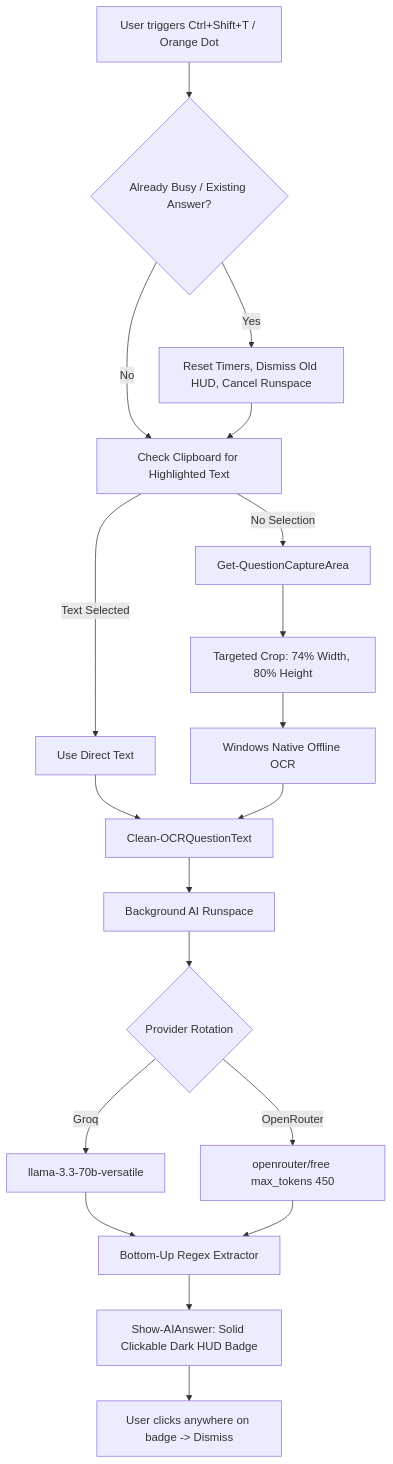
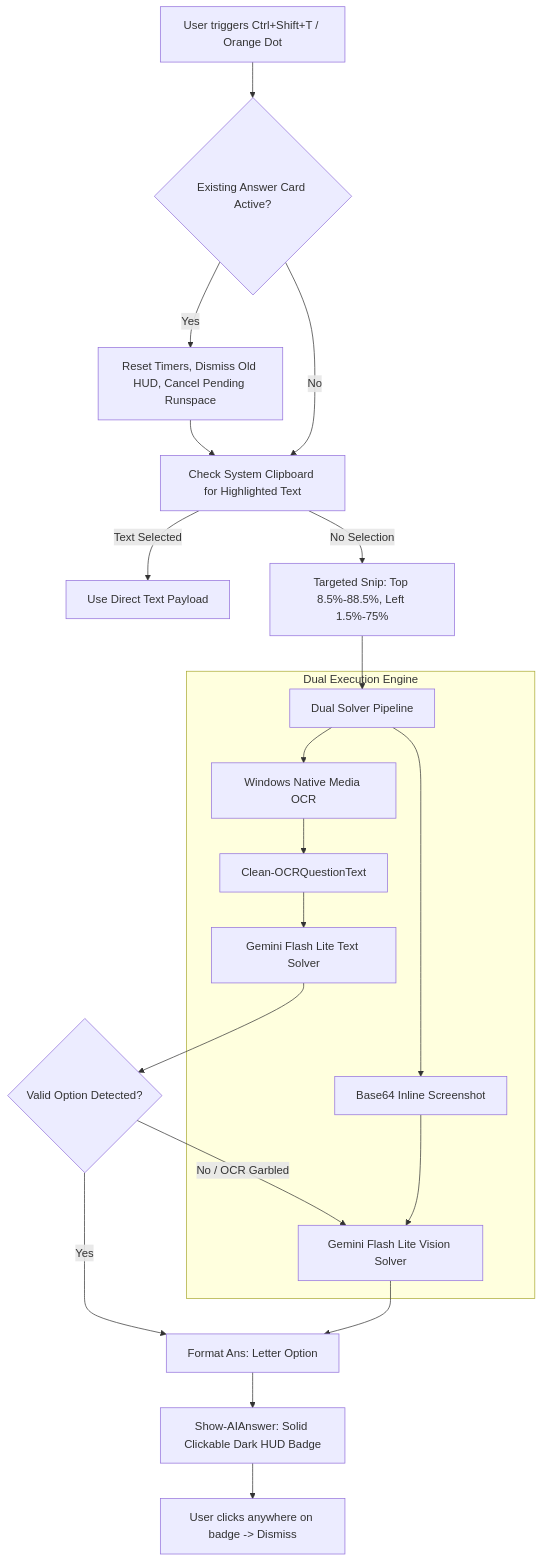
One commit to Evangelion-eva/PSIT-OAS-Launcher-Modded- changed the diagram in NOTION_TRACKING.md. Above: the diagram before and after it, drawn with Mermaid. The commit also changed other lines of this file and 9 other files, not shown here.

Commit message:
feat: real Notion tracking engine, API key diagnostics suite, and resilient Gemini model fallbacks

````diff
--- a/NOTION_TRACKING.md
+++ b/NOTION_TRACKING.md
@@ -60,21 +81,25 @@
 ```mermaid
 flowchart TD
-    A[User triggers Ctrl+Shift+T / Orange Dot] --> B{Already Busy / Existing Answer?}
-    B -->|Yes| C[Reset Timers, Dismiss Old HUD, Cancel Runspace]
-    B -->|No| D[Check Clipboard for Highlighted Text]
+    A[User triggers Ctrl+Shift+T / Orange Dot] --> B{Existing Answer Card Active?}
+    B -->|Yes| C[Reset Timers, Dismiss Old HUD, Cancel Pending Runspace]
+    B -->|No| D[Check System Clipboard for Highlighted Text]
     C --> D
-    D -->|Text Selected| E[Use Direct Text]
-    D -->|No Selection| F[Get-QuestionCaptureArea]
-    F --> G[Targeted Crop: 74% Width, 80% Height]
-    G --> H[Windows Native Offline OCR]
-    E --> I[Clean-OCRQuestionText]
-    H --> I
-    I --> J[Background AI Runspace]
-    J --> K{Provider Rotation}
-    K -->|Groq| L[llama-3.3-70b-versatile]
-    K -->|OpenRouter| M[openrouter/free max_tokens 450]
-    L --> N[Bottom-Up Regex Extractor]
-    M --> N
+    D -->|Text Selected| E[Use Direct Text Payload]
+    D -->|No Selection| F[Targeted Snip: Top 8.5%-88.5%, Left 1.5%-75%]
+    F --> G[Dual Solver Pipeline]
+    
+    subgraph Solvers [Dual Execution Engine]
+        G --> H[Windows Native Media OCR]
+        G --> I[Base64 Inline Screenshot]
+        H --> J[Clean-OCRQuestionText]
+        J --> K[Gemini Flash Lite Text Solver]
+        I --> L[Gemini Flash Lite Vision Solver]
+    end
+    
+    K --> M{Valid Option Detected?}
+    M -->|Yes| N[Format Ans: Letter Option]
+    M -->|No / OCR Garbled| L
+    L --> N
     N --> O[Show-AIAnswer: Solid Clickable Dark HUD Badge]
     O --> P[User clicks anywhere on badge -> Dismiss]
 ```
````
